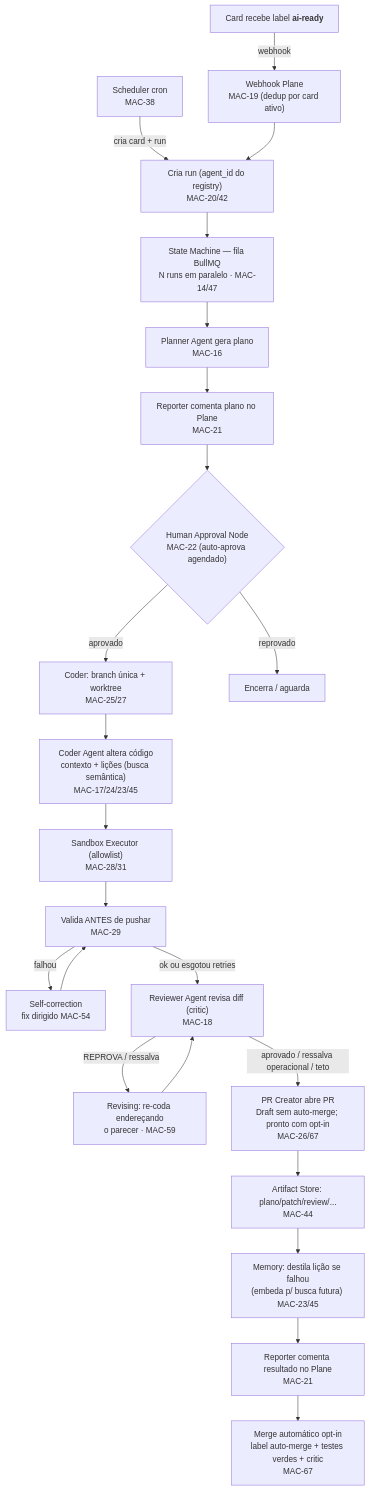
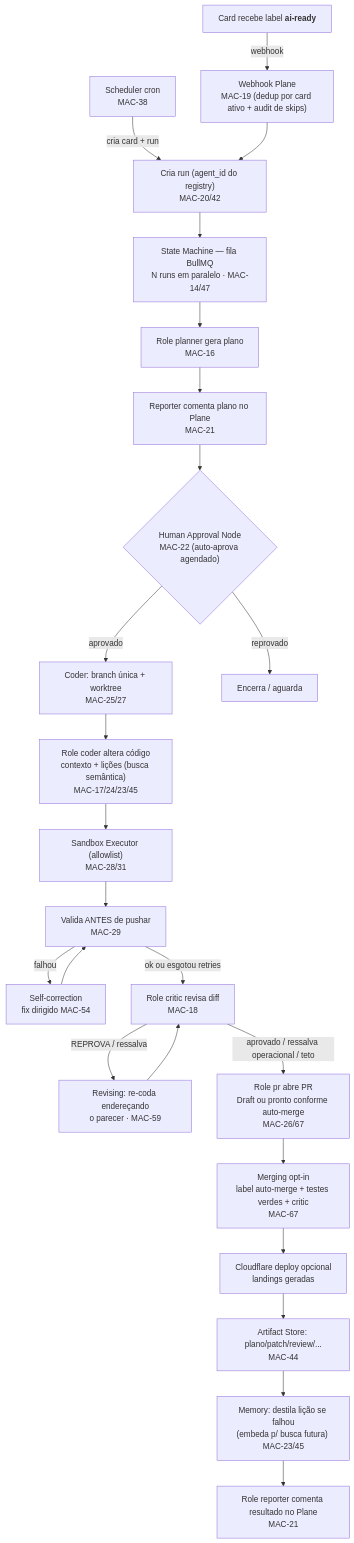
Before and after one commit to raniellimontagna/agent-platform: the second of 2 diagrams in docs/ARCHITECTURE.md, drawn with Mermaid. The commit also changed other lines of this file and 9 other files, not shown here.

Commit message:
docs(project): align current architecture and flows

````diff
--- a/docs/ARCHITECTURE.md
+++ b/docs/ARCHITECTURE.md
@@ -60,25 +62,26 @@
 ```mermaid
 flowchart TD
-  A["Card recebe label <b>ai-ready</b>"] -->|webhook| B["Webhook Plane<br/>MAC-19 (dedup por card ativo)"]
+  A["Card recebe label <b>ai-ready</b>"] -->|webhook| B["Webhook Plane<br/>MAC-19 (dedup por card ativo + audit de skips)"]
   SCHED["Scheduler cron<br/>MAC-38"] -->|cria card + run| C
   B --> C["Cria run (agent_id do registry)<br/>MAC-20/42"]
   C --> D["State Machine — fila BullMQ<br/>N runs em paralelo · MAC-14/47"]
-  D --> E["Planner Agent gera plano<br/>MAC-16"]
+  D --> E["Role planner gera plano<br/>MAC-16"]
   E --> F["Reporter comenta plano no Plane<br/>MAC-21"]
   F --> G{"Human Approval Node<br/>MAC-22 (auto-aprova agendado)"}
   G -->|aprovado| H["Coder: branch única + worktree<br/>MAC-25/27"]
   G -->|reprovado| Z["Encerra / aguarda"]
-  H --> J["Coder Agent altera código<br/>contexto + lições (busca semântica)<br/>MAC-17/24/23/45"]
+  H --> J["Role coder altera código<br/>contexto + lições (busca semântica)<br/>MAC-17/24/23/45"]
   J --> K["Sandbox Executor (allowlist)<br/>MAC-28/31"]
   K --> L["Valida ANTES de pushar<br/>MAC-29"]
   L -->|"falhou"| FX["Self-correction<br/>fix dirigido MAC-54"]
   FX --> L
-  L -->|"ok ou esgotou retries"| M["Reviewer Agent revisa diff (critic)<br/>MAC-18"]
+  L -->|"ok ou esgotou retries"| M["Role critic revisa diff<br/>MAC-18"]
   M -->|"REPROVA / ressalva"| RV["Revising: re-coda endereçando<br/>o parecer · MAC-59"]
   RV --> M
-  M -->|"aprovado / ressalva operacional / teto"| N["PR Creator abre PR<br/>Draft sem auto-merge; pronto com opt-in<br/>MAC-26/67"]
-  N --> AR["Artifact Store: plano/patch/review/...<br/>MAC-44"]
+  M -->|"aprovado / ressalva operacional / teto"| N["Role pr abre PR<br/>Draft ou pronto conforme auto-merge<br/>MAC-26/67"]
+  N --> P["Merging opt-in<br/>label auto-merge + testes verdes + critic<br/>MAC-67"]
+  P --> CF["Cloudflare deploy opcional<br/>landings geradas"]
+  CF --> AR["Artifact Store: plano/patch/review/...<br/>MAC-44"]
   AR --> Q["Memory: destila lição se falhou<br/>(embeda p/ busca futura) MAC-23/45"]
-  Q --> O["Reporter comenta resultado no Plane<br/>MAC-21"]
-  O --> P["Merge automático opt-in<br/>label auto-merge + testes verdes + critic<br/>MAC-67"]
+  Q --> O["Role reporter comenta resultado no Plane<br/>MAC-21"]
 ```
````
